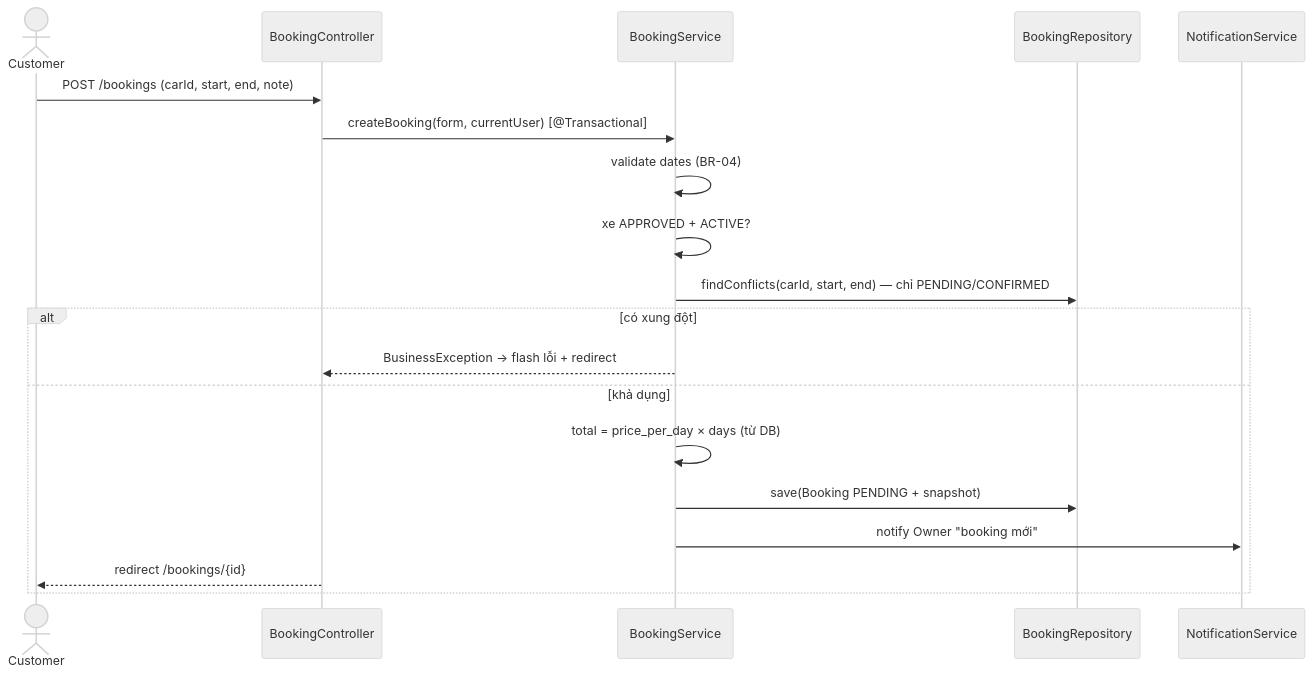
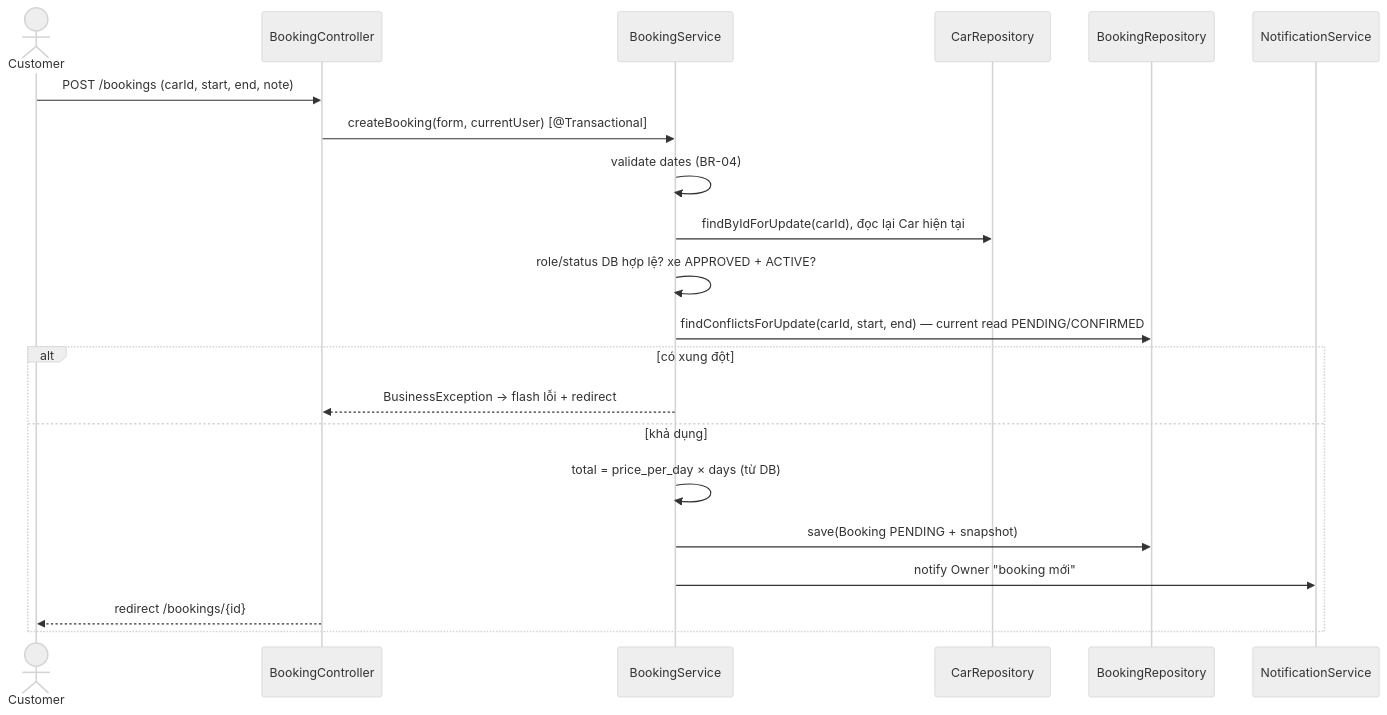
The fifth of 6 diagrams in docs/SDD.md (thanhmit/CarRent), drawn with Mermaid (neutral theme) before and after one commit. The commit also changed other lines of this file and 45 other files, not shown here.

````diff
--- a/docs/SDD.md
+++ b/docs/SDD.md
@@ -905,22 +921,24 @@
 ```mermaid
 sequenceDiagram
     actor U as Customer
     participant C as BookingController
     participant S as BookingService
+    participant CR as CarRepository
     participant BR as BookingRepository
     participant N as NotificationService
 
     U->>C: POST /bookings (carId, start, end, note)
     C->>S: createBooking(form, currentUser) [@Transactional]
     S->>S: validate dates (BR-04)
-    S->>S: xe APPROVED + ACTIVE?
-    S->>BR: findConflicts(carId, start, end) — chỉ PENDING/CONFIRMED
+    S->>CR: findByIdForUpdate(carId), đọc lại Car hiện tại
+    S->>S: role/status DB hợp lệ? xe APPROVED + ACTIVE?
+    S->>BR: findConflictsForUpdate(carId, start, end) — current read PENDING/CONFIRMED
     alt có xung đột
         S-->>C: BusinessException → flash lỗi + redirect
     else khả dụng
         S->>S: total = price_per_day × days (từ DB)
         S->>BR: save(Booking PENDING + snapshot)
         S->>N: notify Owner "booking mới"
         C-->>U: redirect /bookings/{id}
     end
 ```
````
